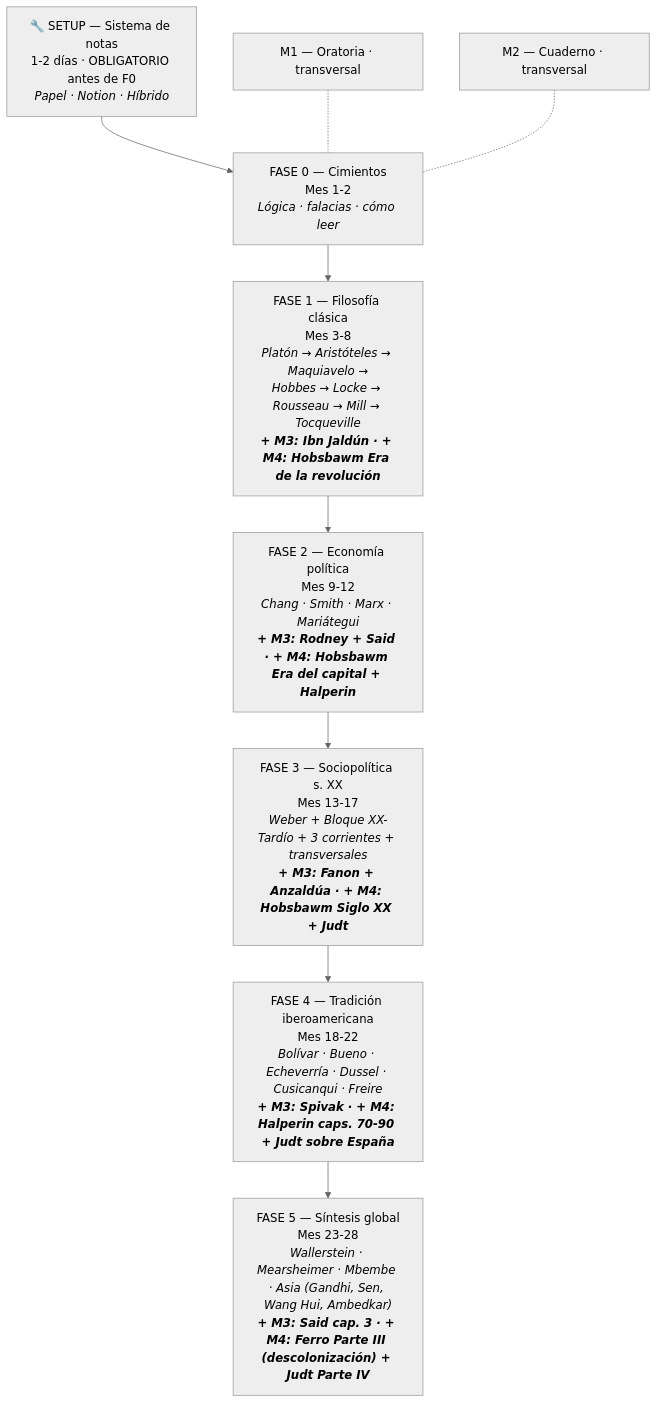
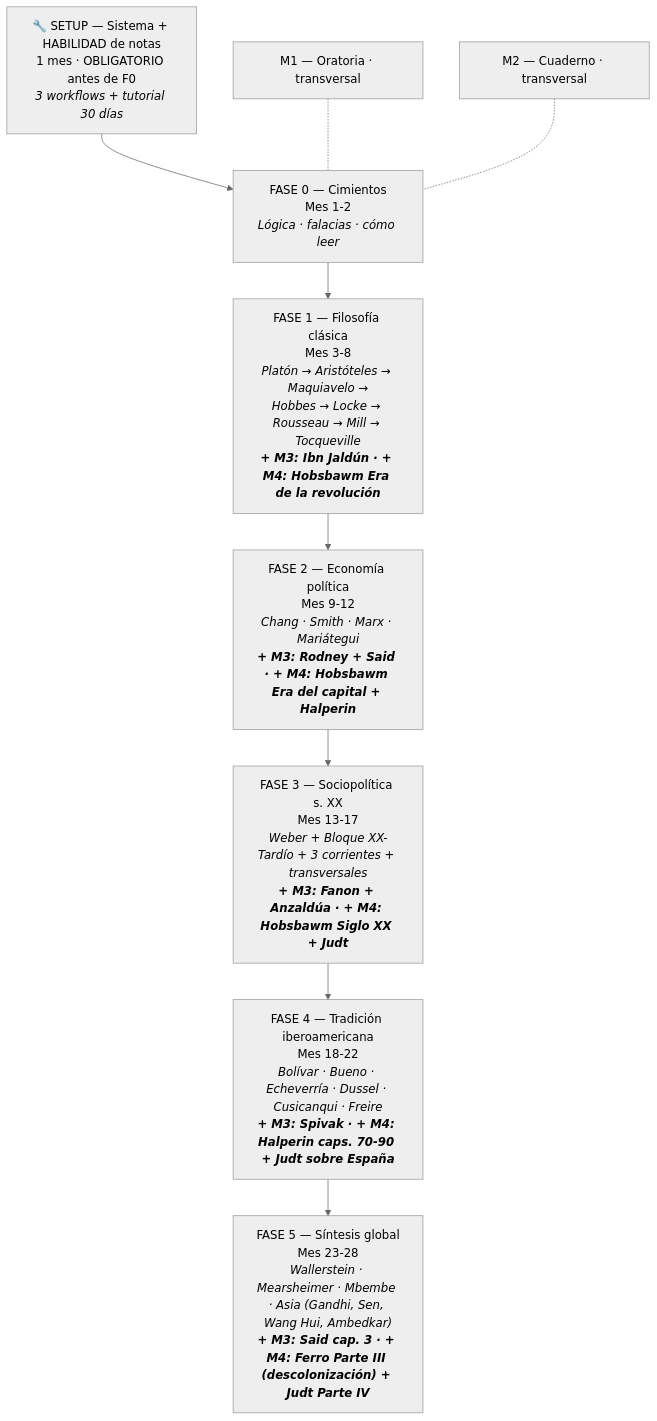
Before and after one commit to MrSpagVi/Curso: the diagram in docs/empieza-aqui.md, drawn with Mermaid (neutral theme). The commit also changed other lines of this file and 4 other files, not shown here.

Commit message:
Tutorial profundo para aprender a tomar notas: 7 movimientos del experto · 4 ejemplos trabajados (mal/decente/excelente) · 15 ejercicios graduados · 10 errores con corrección · 8 diagnósticos · plan 30 días · examen final

````diff
--- a/docs/empieza-aqui.md
+++ b/docs/empieza-aqui.md
@@ -76,17 +88,17 @@
 ```mermaid
 flowchart TB
-    SETUP["🔧 SETUP — Sistema de notas<br/>1-2 días · OBLIGATORIO antes de F0<br/><i>Papel · Notion · Híbrido</i>"]
+    SETUP["🔧 SETUP — Sistema + HABILIDAD de notas<br/>1 mes · OBLIGATORIO antes de F0<br/><i>3 workflows + tutorial 30 días</i>"]
     F0["FASE 0 — Cimientos<br/>Mes 1-2<br/><i>Lógica · falacias · cómo leer</i>"]
     F1["FASE 1 — Filosofía clásica<br/>Mes 3-8<br/><i>Platón → Aristóteles → Maquiavelo →<br/>Hobbes → Locke → Rousseau → Mill → Tocqueville<br/><b>+ M3: Ibn Jaldún · + M4: Hobsbawm Era de la revolución</b></i>"]
     F2["FASE 2 — Economía política<br/>Mes 9-12<br/><i>Chang · Smith · Marx · Mariátegui<br/><b>+ M3: Rodney + Said · + M4: Hobsbawm Era del capital + Halperin</b></i>"]
     F3["FASE 3 — Sociopolítica s. XX<br/>Mes 13-17<br/><i>Weber + Bloque XX-Tardío + 3 corrientes + transversales<br/><b>+ M3: Fanon + Anzaldúa · + M4: Hobsbawm Siglo XX + Judt</b></i>"]
     F4["FASE 4 — Tradición iberoamericana<br/>Mes 18-22<br/><i>Bolívar · Bueno · Echeverría · Dussel · Cusicanqui · Freire<br/><b>+ M3: Spivak · + M4: Halperin caps. 70-90 + Judt sobre España</b></i>"]
     F5["FASE 5 — Síntesis global<br/>Mes 23-28<br/><i>Wallerstein · Mearsheimer · Mbembe · Asia (Gandhi, Sen, Wang Hui, Ambedkar)<br/><b>+ M3: Said cap. 3 · + M4: Ferro Parte III (descolonización) + Judt Parte IV</b></i>"]
 
     M1["M1 — Oratoria · transversal"]
     M2["M2 — Cuaderno · transversal"]
 
     SETUP --> F0 --> F1 --> F2 --> F3 --> F4 --> F5
     M1 -.- F0
     M2 -.- F0
 ```
````
